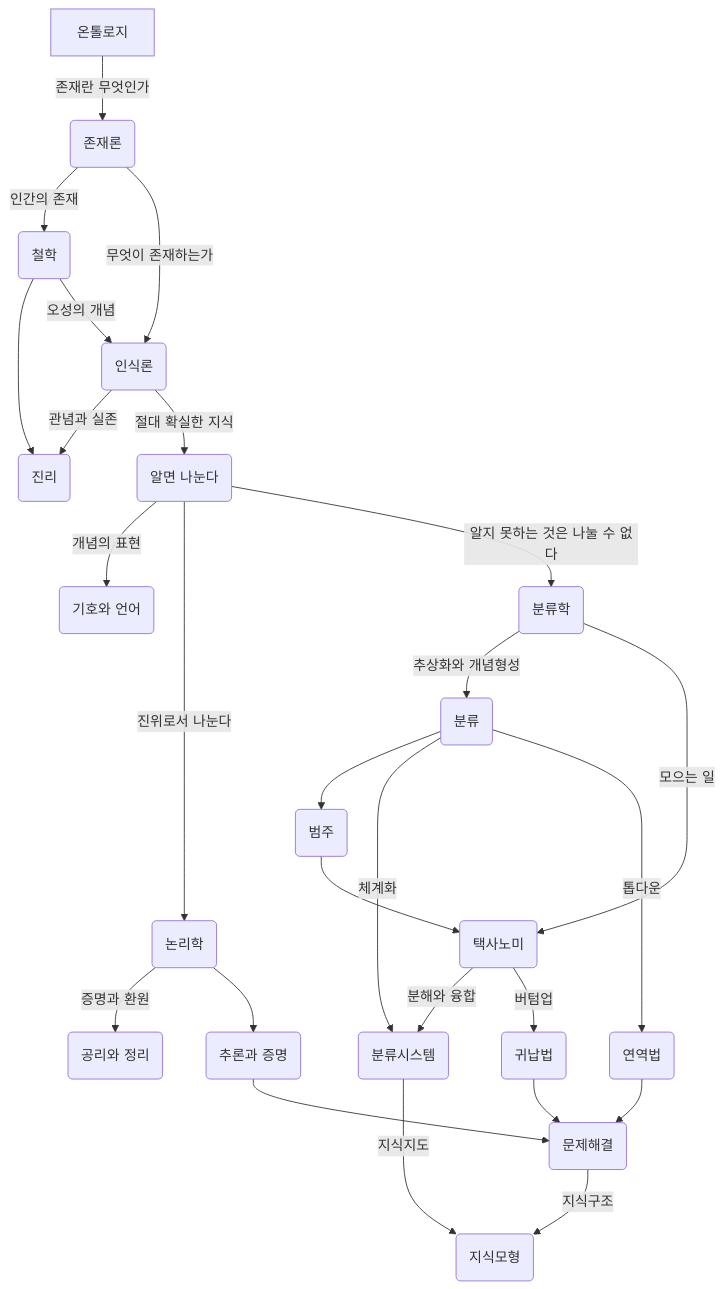
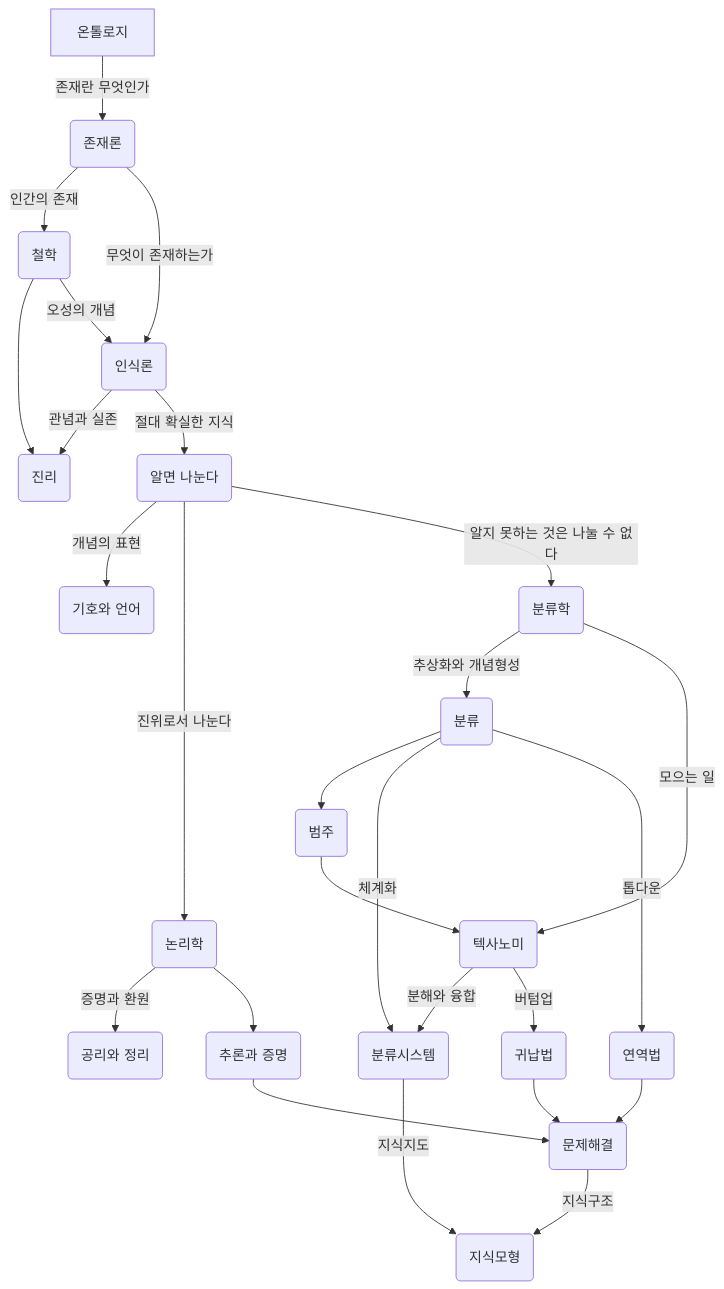
The diagram in content/bib/20240402T011718.md (junghan0611/garden), drawn with Mermaid before and after one commit. The commit also changed other lines of this file and 30 other files, not shown here.

````diff
--- a/content/bib/20240402T011718.md
+++ b/content/bib/20240402T011718.md
@@ -542,30 +539,30 @@
 ```mermaid
    %% 그림1-6 온톨로지 알고리즘의 K-Map
 
    flowchart TD
    A[온톨로지] -->|존재란 무엇인가| B(존재론)
    B -->|인간의 존재| C(철학)
    B -->|무엇이 존재하는가| D(인식론)
    C --> E(진리)
    C --> |오성의 개념|D
    D --> |관념과 실존|E
    D --> |절대 확실한 지식| F(알면 나눈다)
    F --> |개념의 표현| G(기호와 언어)
    F --> |진위로서 나눈다| H(논리학)
    F --> |알지 못하는 것은 나눌 수 없다| I(분류학)
    H --> |증명과 환원| J(공리와 정리)
    H --> K(추론과 증명)
    K --> L(문제해결)
    I --> |추상화와 개념형성| M(분류)
-   I --> |모으는 일| N(택사노미)
+   I --> |모으는 일| N(텍사노미)
    M --> O(범주)
    O --> N
    M --> |체계화| P(분류시스템)
    M --> |톱다운| Q(연역법)
    N --> |분해와 융합|P
    N --> |버텀업| R(귀납법)
    P --> |지식지도| S(지식모형)
    Q --> L(문제해결)
    R --> L
    L --> |지식구조| S
 ```
````
